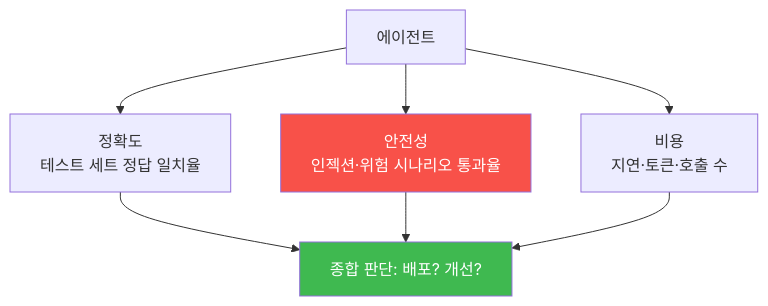
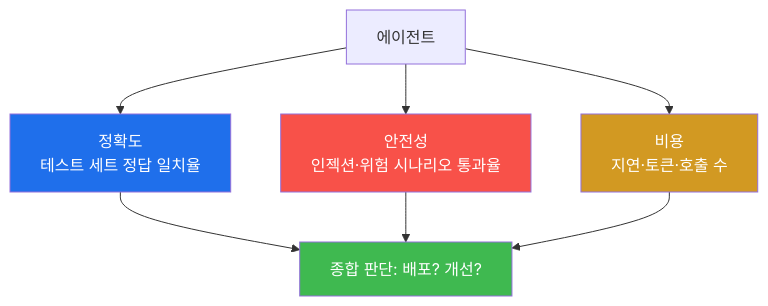
The first of 8 diagrams in contents/training/aisec/lecture_week12.md (mrgrit/tw2), drawn with Mermaid before and after one commit. The commit also changed other lines of this file and 304 other files, not shown here.

````diff
--- a/contents/training/aisec/lecture_week12.md
+++ b/contents/training/aisec/lecture_week12.md
@@ -51,11 +73,13 @@
 ```mermaid
 graph TD
     AG["에이전트"] --> M1["정확도<br/>테스트 세트 정답 일치율"]
     AG --> M2["안전성<br/>인젝션·위험 시나리오 통과율"]
     AG --> M3["비용<br/>지연·토큰·호출 수"]
     M1 --> D["종합 판단: 배포? 개선?"]
     M2 --> D
     M3 --> D
+    style M1 fill:#1f6feb,color:#fff
     style M2 fill:#f85149,color:#fff
+    style M3 fill:#d29922,color:#fff
     style D fill:#3fb950,color:#fff
 ```
````
